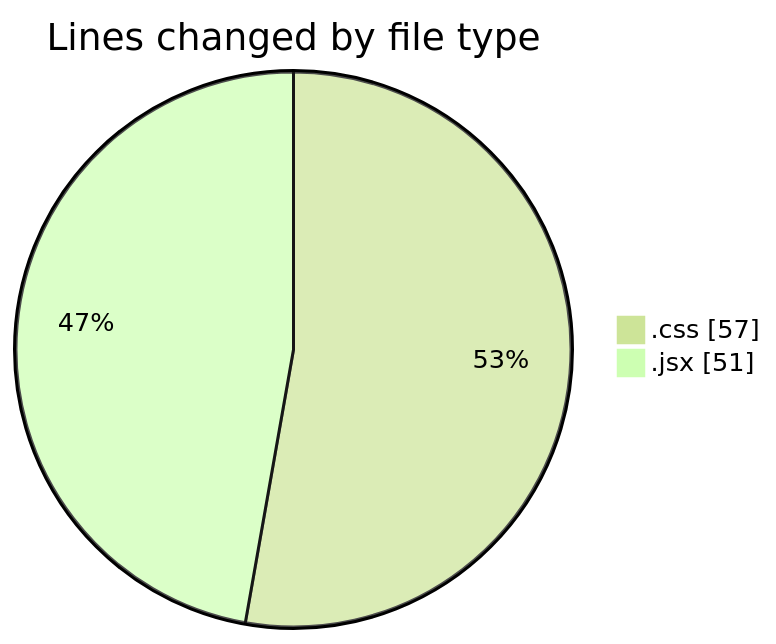
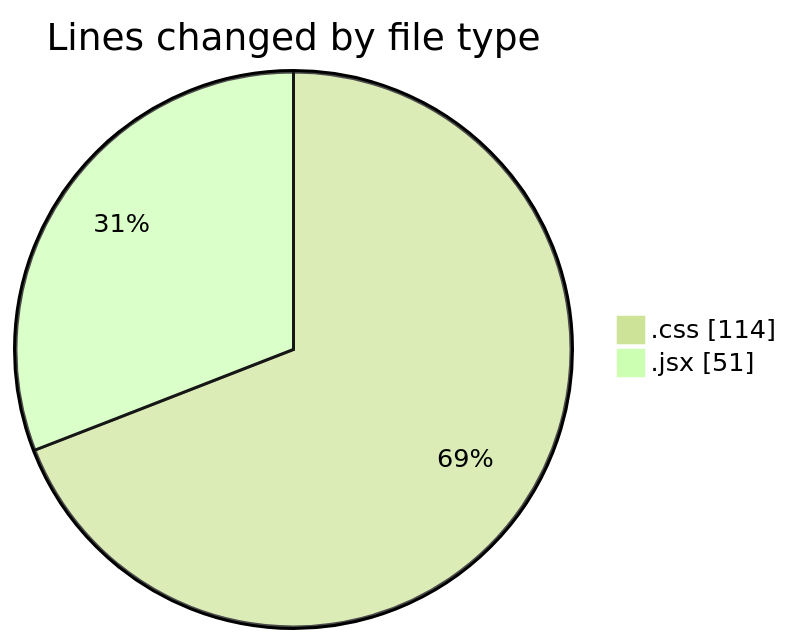
The first of 2 diagrams in 2025-01-31/react/README.md (Elitesun/code-tracking), drawn with Mermaid (forest theme) before and after one commit. The commit also changed other lines of this file and 1 other file, not shown here.

````diff
--- a/2025-01-31/react/README.md
+++ b/2025-01-31/react/README.md
@@ -23,6 +23,6 @@
 ```mermaid
 pie showData
 title Lines changed by file type
-".css" : 57
+".css" : 114
 ".jsx" : 51
 ```
````
